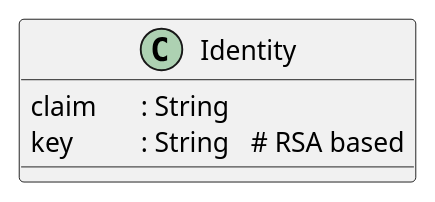
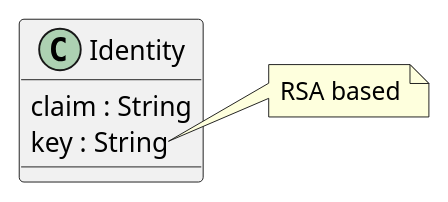
One commit to goobenfurter-studios/hyphae-notes changed the diagram in pages/Nomad.md. Above: the diagram before and after it, drawn with PlantUML.

Commit message:
[logseq-plugin-git:commit] 2024-04-11T09:11:29.127Z

```diff
--- a/pages/Nomad.md
+++ b/pages/Nomad.md
@@ -6,6 +6,9 @@
 	  @startuml
 	  class Identity {
-	  	claim	: String
-	  	key		: String	# RSA based
+	  	claim : String
+	  	key : String
 	  }
+	  note right of Identity::key
+	  	RSA based
+	  end note
 	  @enduml
```
